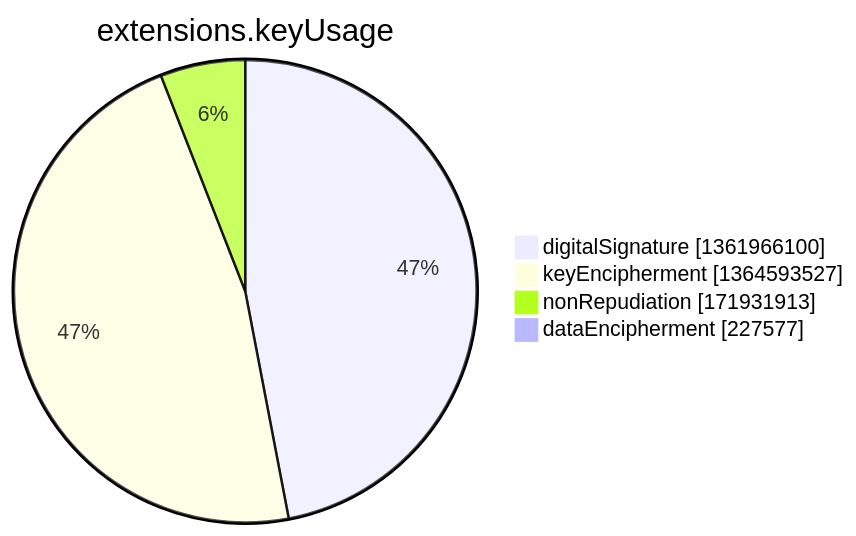
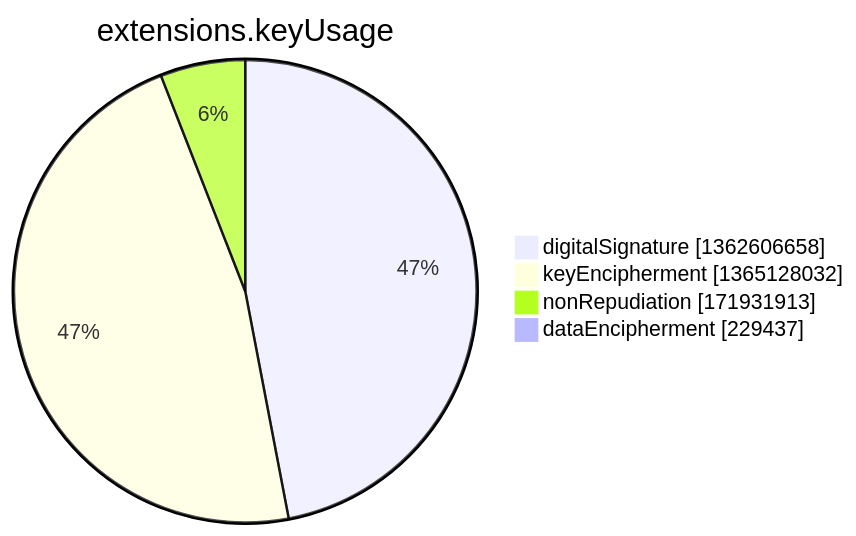
One commit to christiankrug/ctmonitor_visualization changed the seventh of 15 diagrams in argon2022/README.md. Above: the diagram before and after it, drawn with Mermaid. The commit also changed other lines of this file, not shown here.

````diff
--- a/argon2022/README.md
+++ b/argon2022/README.md
@@ -2750,8 +2750,8 @@
 ```mermaid
 pie showData
 title extensions.keyUsage
-"digitalSignature" :1361966100
-"keyEncipherment" :1364593527
+"digitalSignature" :1362606658
+"keyEncipherment" :1365128032
 "nonRepudiation" :171931913
-"dataEncipherment" :227577
+"dataEncipherment" :229437
 ```
````
